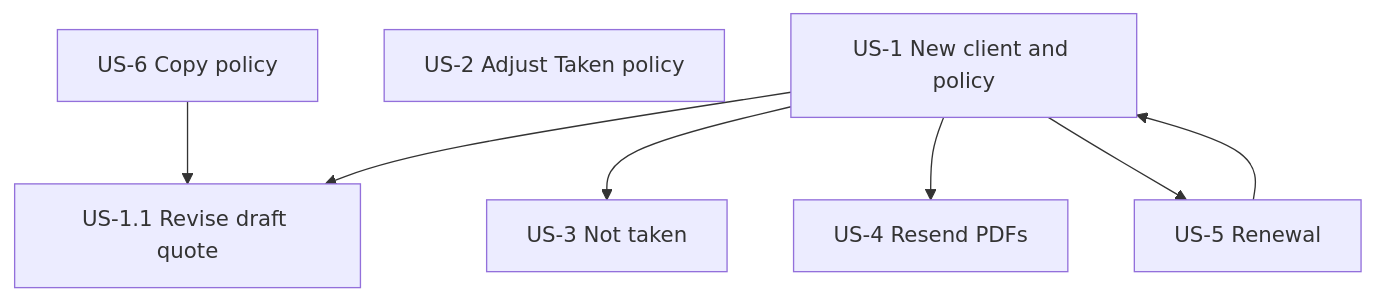
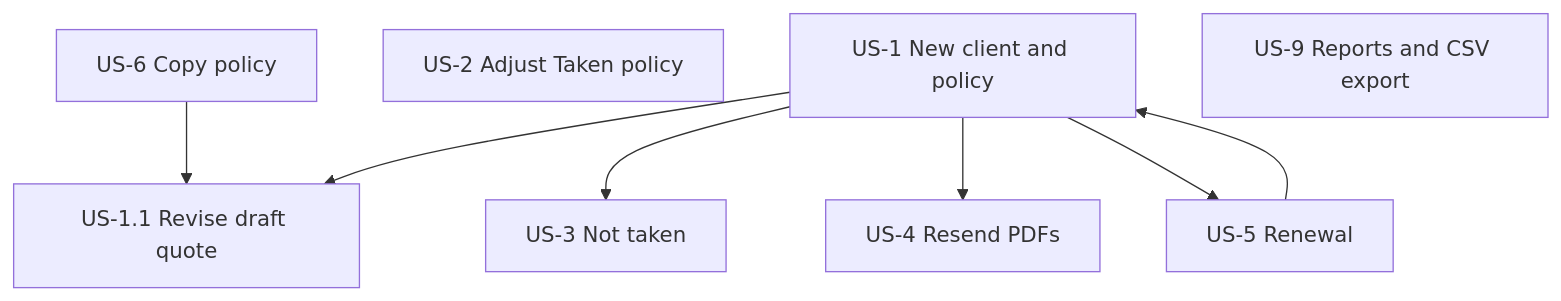
One commit to zhex900/irecon-insurance-app changed the diagram in CAR_INSURANCE_USER_STORIES.md. Above: the diagram before and after it, drawn with Mermaid. The commit also changed other lines of this file and 20 other files, not shown here.

````diff
--- a/CAR_INSURANCE_USER_STORIES.md
+++ b/CAR_INSURANCE_USER_STORIES.md
@@ -58,16 +58,17 @@
 ```mermaid
 flowchart TD
   S1[US-1 New client and policy]
   S1a[US-1.1 Revise draft quote]
   S2[US-2 Adjust Taken policy]
   S3[US-3 Not taken]
   S4[US-4 Resend PDFs]
   S5[US-5 Renewal]
   S6[US-6 Copy policy]
+  S9[US-9 Reports and CSV export]
   S1 --> S1a
   S1 --> S3
   S1 --> S4
   S1 --> S5
   S5 --> S1
   S6 --> S1a
 ```
````
